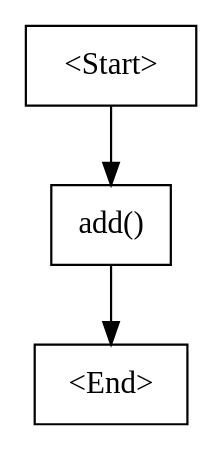
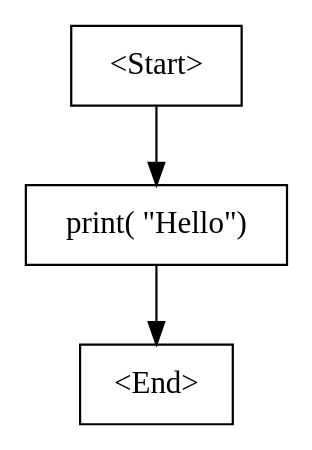
Before and after one commit to Aylin-ai/CompilerCSharp: the diagram in InterpreterCSharp/bin/Debug/net8.0/cfg.dot, drawn with Graphviz. The commit also changed 44 other files, not shown here.

```diff
--- a/InterpreterCSharp/bin/Debug/net8.0/cfg.dot
+++ b/InterpreterCSharp/bin/Debug/net8.0/cfg.dot
@@ -1,7 +1,7 @@
 digraph G {
     N0 [label = "<Start>", shape = box]
-    N1 [label = "add()", shape = box]
+    N1 [label = "print( \"Hello\")", shape = box]
     N2 [label = "<End>", shape = box]
     N0 -> N1 [label = ""]
     N1 -> N2 [label = ""]
 }
```
